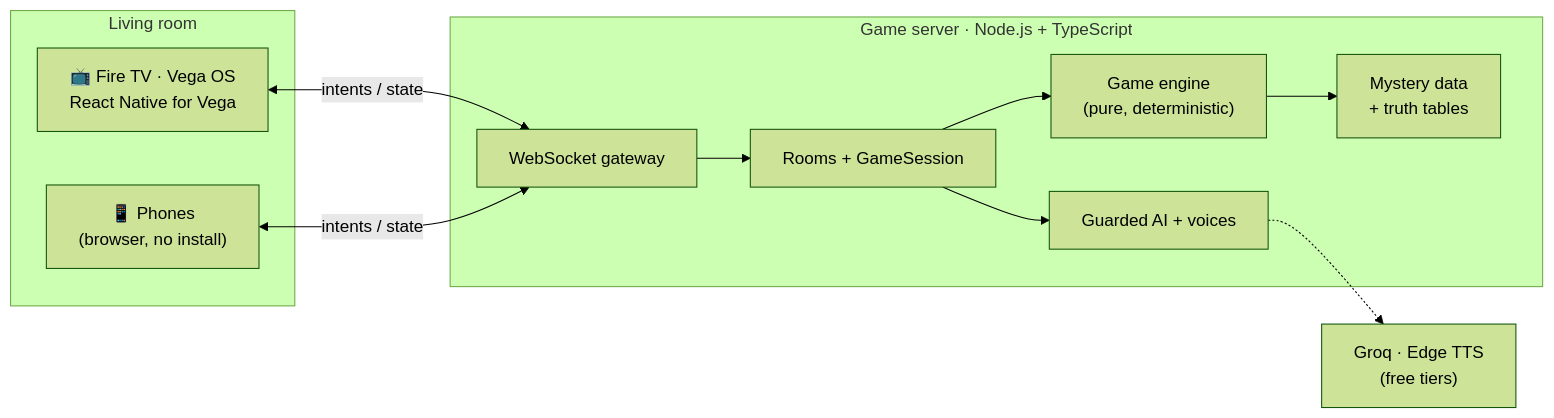
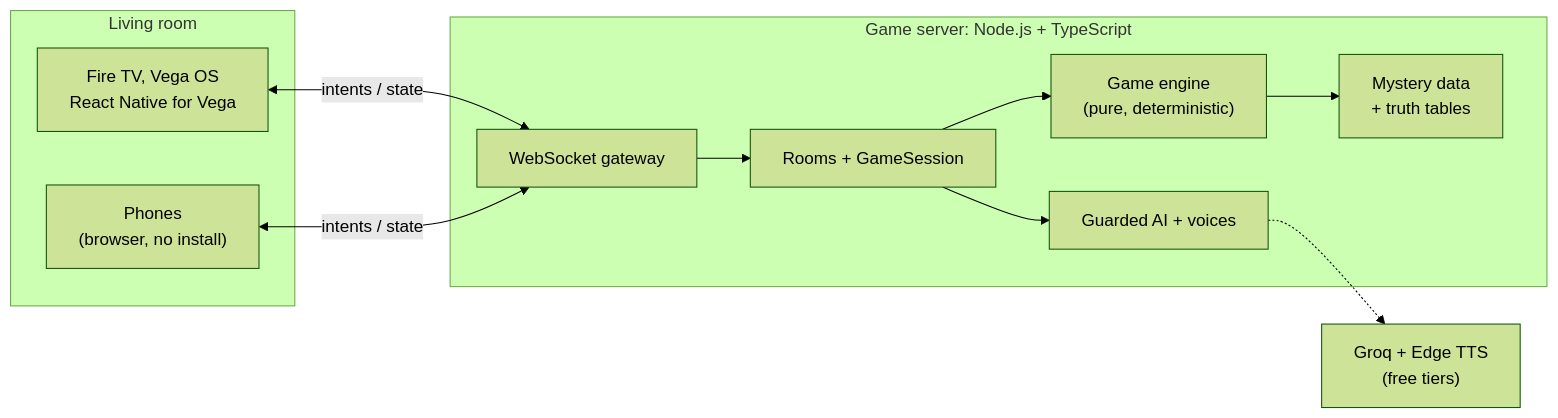
One commit to perhaps-aksh/RoomRiddle changed the second of 2 diagrams in README.md. Above: the diagram before and after it, drawn with Mermaid (forest theme). The commit also changed other lines of this file and 24 other files, not shown here.

````diff
--- a/README.md
+++ b/README.md
@@ -169,19 +170,21 @@
 ```mermaid
 flowchart LR
-  subgraph Home["Living room"]
-    TV["📺 Fire TV · Vega OS<br/>React Native for Vega"]
-    P["📱 Phones<br/>(browser, no install)"]
+  subgraph room["Living room"]
+    TV["Fire TV, Vega OS<br/>React Native for Vega"]
+    P["Phones<br/>(browser, no install)"]
   end
-  subgraph Server["Game server · Node.js + TypeScript"]
+  subgraph srv["Game server: Node.js + TypeScript"]
     WS["WebSocket gateway"]
     GS["Rooms + GameSession"]
     ENG["Game engine<br/>(pure, deterministic)"]
     MD["Mystery data<br/>+ truth tables"]
     AI["Guarded AI + voices"]
   end
   TV <-->|"intents / state"| WS
   P <-->|"intents / state"| WS
-  WS --> GS --> ENG --> MD
+  WS --> GS
+  GS --> ENG
+  ENG --> MD
   GS --> AI
-  AI -.-> LLM["Groq · Edge TTS<br/>(free tiers)"]
+  AI -.-> LLM["Groq + Edge TTS<br/>(free tiers)"]
 ```
````
